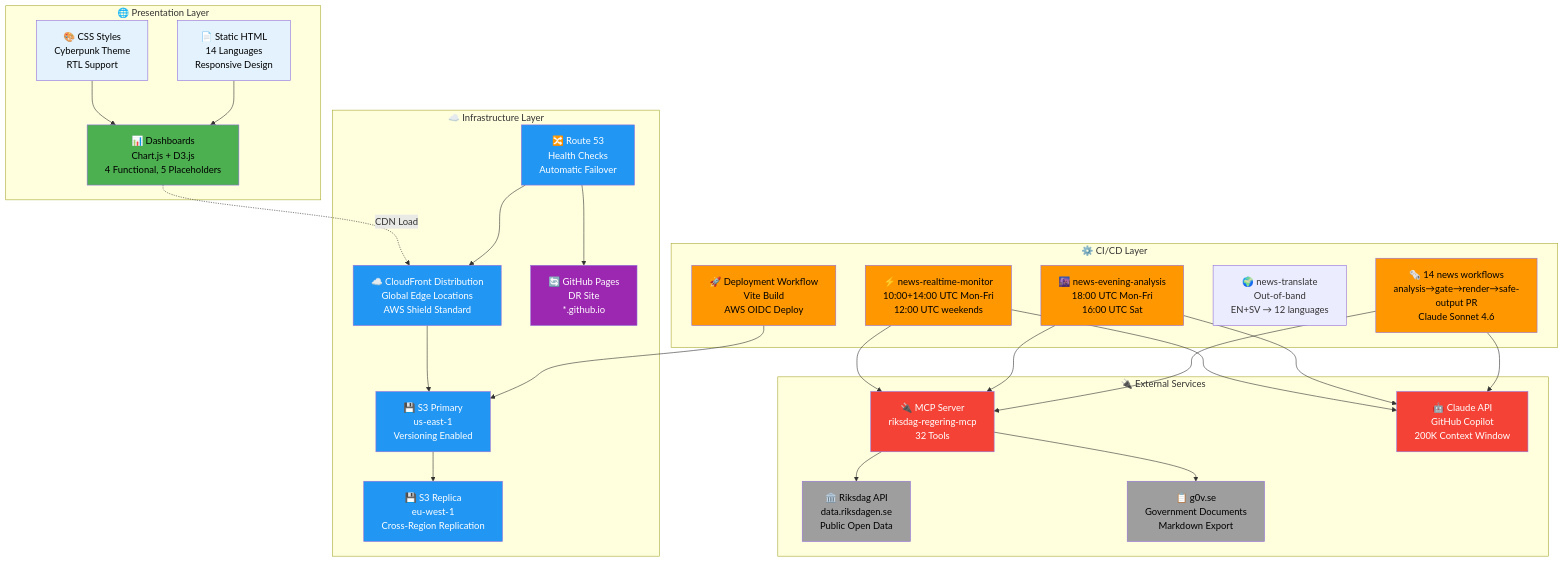
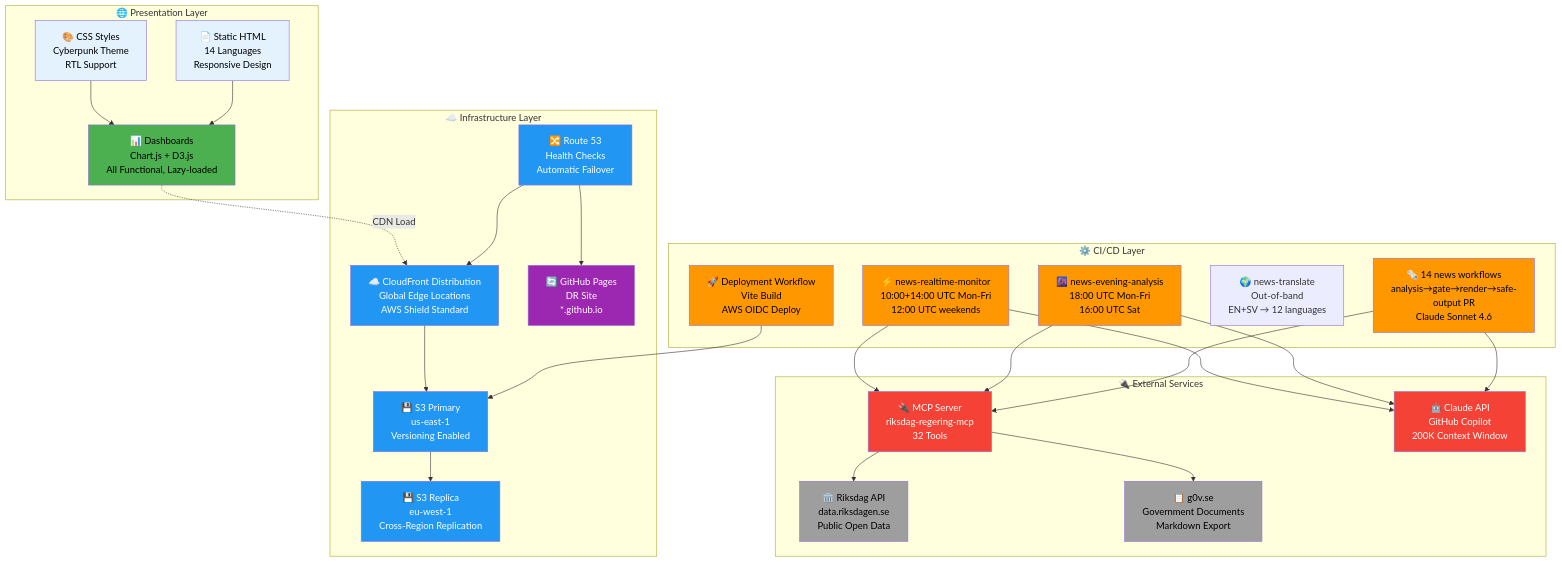
The second of 14 diagrams in THREAT_MODEL.md (Hack23/riksdagsmonitor), drawn with Mermaid before and after one commit. The commit also changed other lines of this file and 5 other files, not shown here.

Commit message:
Reconcile dashboards as functional modules; fix ESLint state claim

````diff
--- a/THREAT_MODEL.md
+++ b/THREAT_MODEL.md
@@ -312,71 +312,71 @@
 ```mermaid
 graph TB
     subgraph "🌐 Presentation Layer"
         HTML[📄 Static HTML<br/>14 Languages<br/>Responsive Design]
         CSS[🎨 CSS Styles<br/>Cyberpunk Theme<br/>RTL Support]
-        Dashboard[📊 Dashboards<br/>Chart.js + D3.js<br/>4 Functional, 5 Placeholders]
+        Dashboard[📊 Dashboards<br/>Chart.js + D3.js<br/>All Functional, Lazy-loaded]
     end
     
     subgraph "⚙️ CI/CD Layer"
         Workflow1[🗞️ 14 news workflows<br/>analysis→gate→render→safe-output PR<br/>Claude Sonnet 4.6]
         Workflow2[🌆 news-evening-analysis<br/>18:00 UTC Mon-Fri<br/>16:00 UTC Sat]
         Workflow3[⚡ news-realtime-monitor<br/>10:00+14:00 UTC Mon-Fri<br/>12:00 UTC weekends]
         Workflow4[🌍 news-translate<br/>Out-of-band<br/>EN+SV → 12 languages]
         Deploy[🚀 Deployment Workflow<br/>Vite Build<br/>AWS OIDC Deploy]
     end
     
     subgraph "☁️ Infrastructure Layer"
         CDN[☁️ CloudFront Distribution<br/>Global Edge Locations<br/>AWS Shield Standard]
         S3Primary[💾 S3 Primary<br/>us-east-1<br/>Versioning Enabled]
         S3Replica[💾 S3 Replica<br/>eu-west-1<br/>Cross-Region Replication]
         DNS[🔀 Route 53<br/>Health Checks<br/>Automatic Failover]
         GHPages[🔄 GitHub Pages<br/>DR Site<br/>*.github.io]
     end
     
     subgraph "🔌 External Services"
         MCP[🔌 MCP Server<br/>riksdag-regering-mcp<br/>32 Tools]
         ClaudeAPI[🤖 Claude API<br/>GitHub Copilot<br/>200K Context Window]
         Riksdag[🏛️ Riksdag API<br/>data.riksdagen.se<br/>Public Open Data]
         G0V[📋 g0v.se<br/>Government Documents<br/>Markdown Export]
     end
     
     HTML --> Dashboard
     CSS --> Dashboard
     
     Workflow1 --> ClaudeAPI
     Workflow2 --> ClaudeAPI
     Workflow3 --> ClaudeAPI
     
     Workflow1 --> MCP
     Workflow2 --> MCP
     Workflow3 --> MCP
     
     Deploy --> S3Primary
     S3Primary --> S3Replica
     
     CDN --> S3Primary
     DNS --> CDN
     DNS --> GHPages
     
     MCP --> Riksdag
     MCP --> G0V
     
     Dashboard -.->|CDN Load| CDN
     
     style HTML fill:#e3f2fd,color:#000
     style CSS fill:#e3f2fd,color:#000
     style Dashboard fill:#4caf50,color:#000
     style Workflow1 fill:#ff9800,color:#000
     style Workflow2 fill:#ff9800,color:#000
     style Workflow3 fill:#ff9800,color:#000
     style Deploy fill:#ff9800,color:#000
     style CDN fill:#2196f3,color:#fff
     style S3Primary fill:#2196f3,color:#fff
     style S3Replica fill:#2196f3,color:#fff
     style DNS fill:#2196f3,color:#fff
     style GHPages fill:#9c27b0,color:#fff
     style MCP fill:#f44336,color:#fff
     style ClaudeAPI fill:#f44336,color:#fff
     style Riksdag fill:#9e9e9e,color:#000
     style G0V fill:#9e9e9e,color:#000
 ```
````
